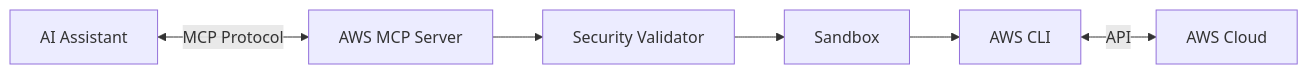
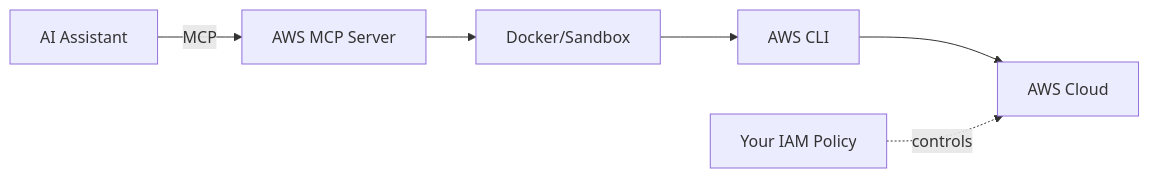
The first of 2 diagrams in README.md (alexei-led/aws-mcp-server), drawn with Mermaid before and after one commit. The commit also changed other lines of this file and 6 other files, not shown here.

````diff
--- a/README.md
+++ b/README.md
@@ -18,8 +27,8 @@
 ```mermaid
 flowchart LR
-    AI[AI Assistant] <-->|MCP Protocol| Server[AWS MCP Server]
-    Server --> Security[Security Validator]
-    Security --> Sandbox[Sandbox]
-    Sandbox --> AWS[AWS CLI]
-    AWS <-->|API| Cloud[AWS Cloud]
+    AI[AI Assistant] -->|MCP| Server[AWS MCP Server]
+    Server --> Sandbox[Docker/Sandbox]
+    Sandbox --> CLI[AWS CLI]
+    CLI --> AWS[AWS Cloud]
+    IAM[Your IAM Policy] -.->|controls| AWS
 ```
````
